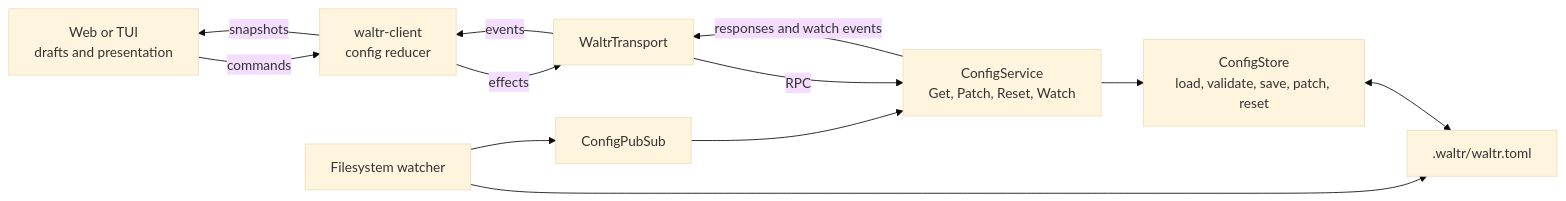
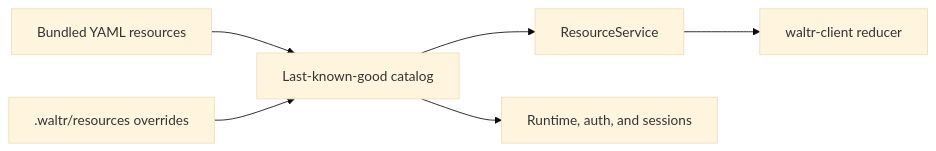
Before and after one commit to rfhold/waltr: the diagram in docs/architecture/config.md, drawn with Mermaid (base theme). The commit also changed other lines of this file and 8 other files, not shown here.

Commit message:
docs(config): describe unified resource catalog

````diff
--- a/docs/architecture/config.md
+++ b/docs/architecture/config.md
@@ -5,23 +5,15 @@
 ```mermaid
 flowchart LR
-    Ui[Web or TUI<br/>drafts and presentation]
-    Client[waltr-client<br/>config reducer]
-    Transport[WaltrTransport]
-    Service[ConfigService<br/>Get, Patch, Reset, Watch]
-    Store[ConfigStore<br/>load, validate, save, patch, reset]
-    Watcher[Filesystem watcher]
-    PubSub[ConfigPubSub]
-    File[.waltr/waltr.toml]
+    Bundle[Bundled YAML resources]
+    Files[.waltr/resources overrides]
+    State[Last-known-good catalog]
+    Service[ResourceService]
+    Client[waltr-client reducer]
+    Runtime[Runtime, auth, and sessions]
 
-    Ui -->|commands| Client
-    Client -->|effects| Transport
-    Transport -->|RPC| Service
-    Service --> Store
-    Store <--> File
-    Watcher --> File
-    Watcher --> PubSub
-    PubSub --> Service
-    Service -->|responses and watch events| Transport
-    Transport -->|events| Client
-    Client -->|snapshots| Ui
+    Bundle --> State
+    Files --> State
+    State --> Service
+    Service --> Client
+    State --> Runtime
 ```
````
